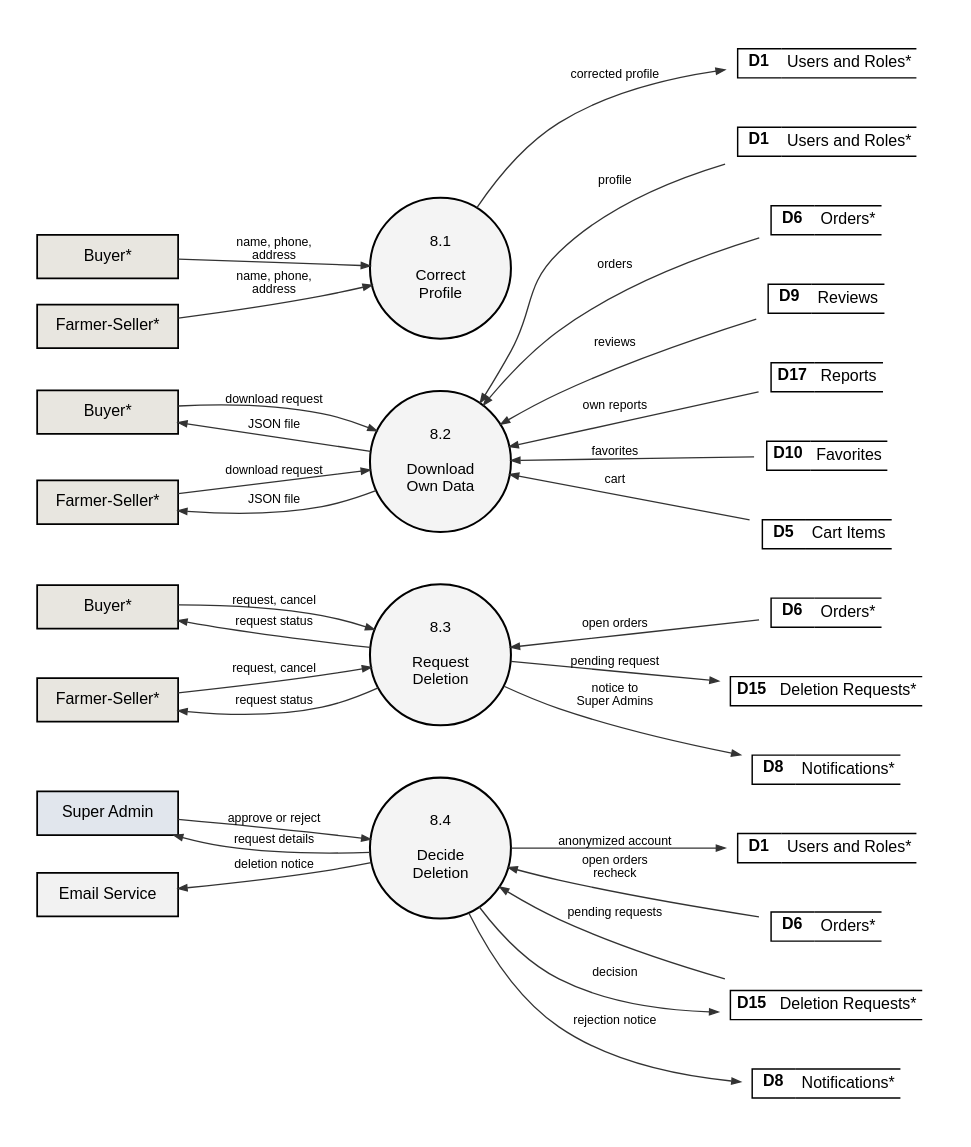
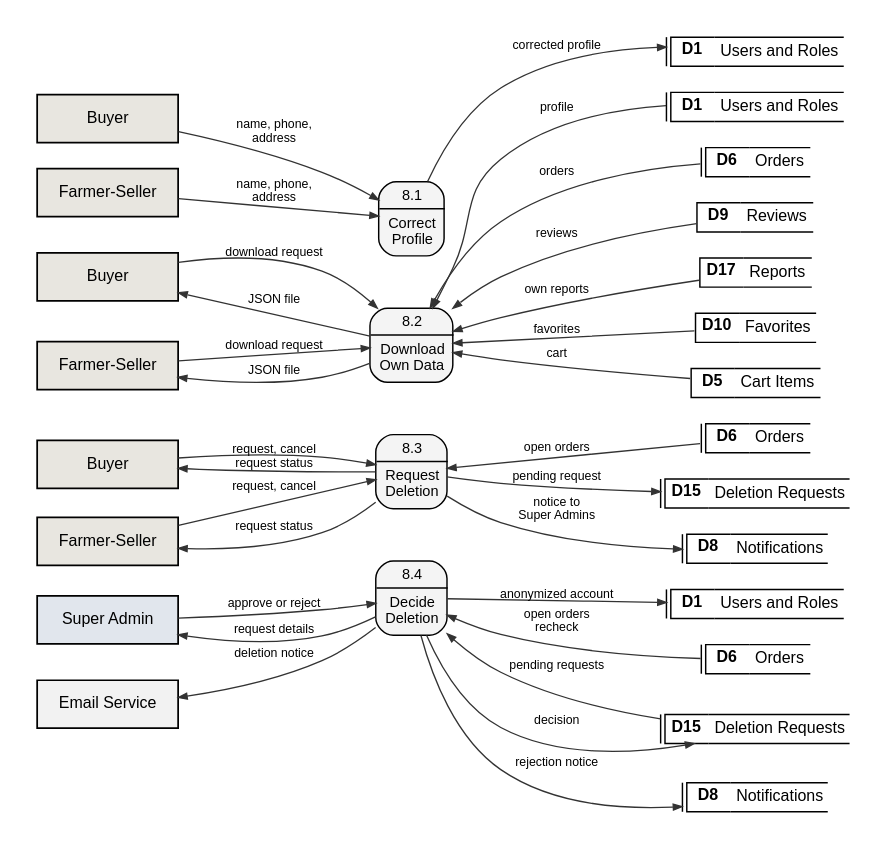
Before and after one commit to shawncastaneda11-commits/anihow-backend: the diagram in docs/manuscript/figures/src/fig6_2_8_dfd_level2.dot, drawn with Graphviz. The commit also changed 39 other files, not shown here.

```diff
--- a/docs/manuscript/figures/src/fig6_2_8_dfd_level2.dot
+++ b/docs/manuscript/figures/src/fig6_2_8_dfd_level2.dot
@@ -1,66 +1,66 @@
 // Data flow diagram, level 2, process 8.0 Handle Data Rights.
 digraph G {
   graph [rankdir=LR, nodesep=0.25, ranksep=0.9, pad=0.25, fontname="Liberation Sans", newrank=true];
   node  [fontname="Liberation Sans", fontsize=11];
   edge  [penwidth=0.9, arrowsize=0.6, color="#333333", fontname="Liberation Sans", fontsize=8.5];
-  q8a [shape=circle, style=filled, fillcolor="#F4F4F4", penwidth=1.4, fixedsize=true, width=1.35, fontsize=10.5, label="8.1\n\nCorrect\nProfile"];
-  by_q8a [shape=box, style=filled, fillcolor="#E8E6E0", penwidth=1.2, width=1.35, height=0.42, label="Buyer*"];
-  fs_q8a [shape=box, style=filled, fillcolor="#E8E6E0", penwidth=1.2, width=1.35, height=0.42, label="Farmer-Seller*"];
-  D1_q8a [shape=plaintext, label=<<TABLE BORDER="0" CELLBORDER="1" CELLSPACING="0" CELLPADDING="3"><TR><TD SIDES="TBL" WIDTH="30"><B>D1</B></TD><TD SIDES="TB" ALIGN="LEFT">Users and Roles*</TD></TR></TABLE>>];
-  q8b [shape=circle, style=filled, fillcolor="#F4F4F4", penwidth=1.4, fixedsize=true, width=1.35, fontsize=10.5, label="8.2\n\nDownload\nOwn Data"];
-  by_q8b [shape=box, style=filled, fillcolor="#E8E6E0", penwidth=1.2, width=1.35, height=0.42, label="Buyer*"];
-  fs_q8b [shape=box, style=filled, fillcolor="#E8E6E0", penwidth=1.2, width=1.35, height=0.42, label="Farmer-Seller*"];
-  D1_q8b [shape=plaintext, label=<<TABLE BORDER="0" CELLBORDER="1" CELLSPACING="0" CELLPADDING="3"><TR><TD SIDES="TBL" WIDTH="30"><B>D1</B></TD><TD SIDES="TB" ALIGN="LEFT">Users and Roles*</TD></TR></TABLE>>];
-  D6_q8b [shape=plaintext, label=<<TABLE BORDER="0" CELLBORDER="1" CELLSPACING="0" CELLPADDING="3"><TR><TD SIDES="TBL" WIDTH="30"><B>D6</B></TD><TD SIDES="TB" ALIGN="LEFT">Orders*</TD></TR></TABLE>>];
-  D9_q8b [shape=plaintext, label=<<TABLE BORDER="0" CELLBORDER="1" CELLSPACING="0" CELLPADDING="3"><TR><TD SIDES="TBL" WIDTH="30"><B>D9</B></TD><TD SIDES="TB" ALIGN="LEFT">Reviews</TD></TR></TABLE>>];
-  D17_q8b [shape=plaintext, label=<<TABLE BORDER="0" CELLBORDER="1" CELLSPACING="0" CELLPADDING="3"><TR><TD SIDES="TBL" WIDTH="30"><B>D17</B></TD><TD SIDES="TB" ALIGN="LEFT">Reports</TD></TR></TABLE>>];
-  D10_q8b [shape=plaintext, label=<<TABLE BORDER="0" CELLBORDER="1" CELLSPACING="0" CELLPADDING="3"><TR><TD SIDES="TBL" WIDTH="30"><B>D10</B></TD><TD SIDES="TB" ALIGN="LEFT">Favorites</TD></TR></TABLE>>];
-  D5_q8b [shape=plaintext, label=<<TABLE BORDER="0" CELLBORDER="1" CELLSPACING="0" CELLPADDING="3"><TR><TD SIDES="TBL" WIDTH="30"><B>D5</B></TD><TD SIDES="TB" ALIGN="LEFT">Cart Items</TD></TR></TABLE>>];
-  q8c [shape=circle, style=filled, fillcolor="#F4F4F4", penwidth=1.4, fixedsize=true, width=1.35, fontsize=10.5, label="8.3\n\nRequest\nDeletion"];
-  by_q8c [shape=box, style=filled, fillcolor="#E8E6E0", penwidth=1.2, width=1.35, height=0.42, label="Buyer*"];
-  fs_q8c [shape=box, style=filled, fillcolor="#E8E6E0", penwidth=1.2, width=1.35, height=0.42, label="Farmer-Seller*"];
-  D6_q8c [shape=plaintext, label=<<TABLE BORDER="0" CELLBORDER="1" CELLSPACING="0" CELLPADDING="3"><TR><TD SIDES="TBL" WIDTH="30"><B>D6</B></TD><TD SIDES="TB" ALIGN="LEFT">Orders*</TD></TR></TABLE>>];
-  D15_q8c [shape=plaintext, label=<<TABLE BORDER="0" CELLBORDER="1" CELLSPACING="0" CELLPADDING="3"><TR><TD SIDES="TBL" WIDTH="30"><B>D15</B></TD><TD SIDES="TB" ALIGN="LEFT">Deletion Requests*</TD></TR></TABLE>>];
-  D8_q8c [shape=plaintext, label=<<TABLE BORDER="0" CELLBORDER="1" CELLSPACING="0" CELLPADDING="3"><TR><TD SIDES="TBL" WIDTH="30"><B>D8</B></TD><TD SIDES="TB" ALIGN="LEFT">Notifications*</TD></TR></TABLE>>];
-  q8d [shape=circle, style=filled, fillcolor="#F4F4F4", penwidth=1.4, fixedsize=true, width=1.35, fontsize=10.5, label="8.4\n\nDecide\nDeletion"];
-  D1_q8d [shape=plaintext, label=<<TABLE BORDER="0" CELLBORDER="1" CELLSPACING="0" CELLPADDING="3"><TR><TD SIDES="TBL" WIDTH="30"><B>D1</B></TD><TD SIDES="TB" ALIGN="LEFT">Users and Roles*</TD></TR></TABLE>>];
-  D6_q8d [shape=plaintext, label=<<TABLE BORDER="0" CELLBORDER="1" CELLSPACING="0" CELLPADDING="3"><TR><TD SIDES="TBL" WIDTH="30"><B>D6</B></TD><TD SIDES="TB" ALIGN="LEFT">Orders*</TD></TR></TABLE>>];
-  D15_q8d [shape=plaintext, label=<<TABLE BORDER="0" CELLBORDER="1" CELLSPACING="0" CELLPADDING="3"><TR><TD SIDES="TBL" WIDTH="30"><B>D15</B></TD><TD SIDES="TB" ALIGN="LEFT">Deletion Requests*</TD></TR></TABLE>>];
-  D8_q8d [shape=plaintext, label=<<TABLE BORDER="0" CELLBORDER="1" CELLSPACING="0" CELLPADDING="3"><TR><TD SIDES="TBL" WIDTH="30"><B>D8</B></TD><TD SIDES="TB" ALIGN="LEFT">Notifications*</TD></TR></TABLE>>];
-  sa_q8d [shape=box, style=filled, fillcolor="#E1E6ED", penwidth=1.2, width=1.35, height=0.42, label="Super Admin"];
-  em_q8d [shape=box, style=filled, fillcolor="#F2F2F2", penwidth=1.2, width=1.35, height=0.42, label="Email Service"];
+  q8a [shape=plaintext, margin=0, width=0, height=0, label=<<TABLE STYLE="ROUNDED" BORDER="1" CELLBORDER="0" CELLSPACING="0" CELLPADDING="3" BGCOLOR="#F4F4F4"><TR><TD><FONT POINT-SIZE="10.5">8.1</FONT></TD></TR><HR/><TR><TD CELLPADDING="5"><FONT POINT-SIZE="10.5">Correct<BR/>Profile</FONT></TD></TR></TABLE>>];
+  by_q8a [shape=box, style=filled, fillcolor="#E8E6E0", penwidth=1.2, width=1.35, height=0.46, label="Buyer", comment="gsdup"];
+  fs_q8a [shape=box, style=filled, fillcolor="#E8E6E0", penwidth=1.2, width=1.35, height=0.46, label="Farmer-Seller", comment="gsdup"];
+  D1_q8a [shape=plaintext, margin=0, width=0, height=0, label=<<TABLE BORDER="0" CELLBORDER="1" CELLSPACING="0" CELLPADDING="3"><TR><TD SIDES="L" WIDTH="3" CELLPADDING="0"></TD><TD SIDES="TBL" WIDTH="30"><B>D1</B></TD><TD SIDES="TB" ALIGN="LEFT">Users and Roles</TD></TR></TABLE>>];
+  q8b [shape=plaintext, margin=0, width=0, height=0, label=<<TABLE STYLE="ROUNDED" BORDER="1" CELLBORDER="0" CELLSPACING="0" CELLPADDING="3" BGCOLOR="#F4F4F4"><TR><TD><FONT POINT-SIZE="10.5">8.2</FONT></TD></TR><HR/><TR><TD CELLPADDING="5"><FONT POINT-SIZE="10.5">Download<BR/>Own Data</FONT></TD></TR></TABLE>>];
+  by_q8b [shape=box, style=filled, fillcolor="#E8E6E0", penwidth=1.2, width=1.35, height=0.46, label="Buyer", comment="gsdup"];
+  fs_q8b [shape=box, style=filled, fillcolor="#E8E6E0", penwidth=1.2, width=1.35, height=0.46, label="Farmer-Seller", comment="gsdup"];
+  D1_q8b [shape=plaintext, margin=0, width=0, height=0, label=<<TABLE BORDER="0" CELLBORDER="1" CELLSPACING="0" CELLPADDING="3"><TR><TD SIDES="L" WIDTH="3" CELLPADDING="0"></TD><TD SIDES="TBL" WIDTH="30"><B>D1</B></TD><TD SIDES="TB" ALIGN="LEFT">Users and Roles</TD></TR></TABLE>>];
+  D6_q8b [shape=plaintext, margin=0, width=0, height=0, label=<<TABLE BORDER="0" CELLBORDER="1" CELLSPACING="0" CELLPADDING="3"><TR><TD SIDES="L" WIDTH="3" CELLPADDING="0"></TD><TD SIDES="TBL" WIDTH="30"><B>D6</B></TD><TD SIDES="TB" ALIGN="LEFT">Orders</TD></TR></TABLE>>];
+  D9_q8b [shape=plaintext, margin=0, width=0, height=0, label=<<TABLE BORDER="0" CELLBORDER="1" CELLSPACING="0" CELLPADDING="3"><TR><TD SIDES="TBL" WIDTH="30"><B>D9</B></TD><TD SIDES="TB" ALIGN="LEFT">Reviews</TD></TR></TABLE>>];
+  D17_q8b [shape=plaintext, margin=0, width=0, height=0, label=<<TABLE BORDER="0" CELLBORDER="1" CELLSPACING="0" CELLPADDING="3"><TR><TD SIDES="TBL" WIDTH="30"><B>D17</B></TD><TD SIDES="TB" ALIGN="LEFT">Reports</TD></TR></TABLE>>];
+  D10_q8b [shape=plaintext, margin=0, width=0, height=0, label=<<TABLE BORDER="0" CELLBORDER="1" CELLSPACING="0" CELLPADDING="3"><TR><TD SIDES="TBL" WIDTH="30"><B>D10</B></TD><TD SIDES="TB" ALIGN="LEFT">Favorites</TD></TR></TABLE>>];
+  D5_q8b [shape=plaintext, margin=0, width=0, height=0, label=<<TABLE BORDER="0" CELLBORDER="1" CELLSPACING="0" CELLPADDING="3"><TR><TD SIDES="TBL" WIDTH="30"><B>D5</B></TD><TD SIDES="TB" ALIGN="LEFT">Cart Items</TD></TR></TABLE>>];
+  q8c [shape=plaintext, margin=0, width=0, height=0, label=<<TABLE STYLE="ROUNDED" BORDER="1" CELLBORDER="0" CELLSPACING="0" CELLPADDING="3" BGCOLOR="#F4F4F4"><TR><TD><FONT POINT-SIZE="10.5">8.3</FONT></TD></TR><HR/><TR><TD CELLPADDING="5"><FONT POINT-SIZE="10.5">Request<BR/>Deletion</FONT></TD></TR></TABLE>>];
+  by_q8c [shape=box, style=filled, fillcolor="#E8E6E0", penwidth=1.2, width=1.35, height=0.46, label="Buyer", comment="gsdup"];
+  fs_q8c [shape=box, style=filled, fillcolor="#E8E6E0", penwidth=1.2, width=1.35, height=0.46, label="Farmer-Seller", comment="gsdup"];
+  D6_q8c [shape=plaintext, margin=0, width=0, height=0, label=<<TABLE BORDER="0" CELLBORDER="1" CELLSPACING="0" CELLPADDING="3"><TR><TD SIDES="L" WIDTH="3" CELLPADDING="0"></TD><TD SIDES="TBL" WIDTH="30"><B>D6</B></TD><TD SIDES="TB" ALIGN="LEFT">Orders</TD></TR></TABLE>>];
+  D15_q8c [shape=plaintext, margin=0, width=0, height=0, label=<<TABLE BORDER="0" CELLBORDER="1" CELLSPACING="0" CELLPADDING="3"><TR><TD SIDES="L" WIDTH="3" CELLPADDING="0"></TD><TD SIDES="TBL" WIDTH="30"><B>D15</B></TD><TD SIDES="TB" ALIGN="LEFT">Deletion Requests</TD></TR></TABLE>>];
+  D8_q8c [shape=plaintext, margin=0, width=0, height=0, label=<<TABLE BORDER="0" CELLBORDER="1" CELLSPACING="0" CELLPADDING="3"><TR><TD SIDES="L" WIDTH="3" CELLPADDING="0"></TD><TD SIDES="TBL" WIDTH="30"><B>D8</B></TD><TD SIDES="TB" ALIGN="LEFT">Notifications</TD></TR></TABLE>>];
+  q8d [shape=plaintext, margin=0, width=0, height=0, label=<<TABLE STYLE="ROUNDED" BORDER="1" CELLBORDER="0" CELLSPACING="0" CELLPADDING="3" BGCOLOR="#F4F4F4"><TR><TD><FONT POINT-SIZE="10.5">8.4</FONT></TD></TR><HR/><TR><TD CELLPADDING="5"><FONT POINT-SIZE="10.5">Decide<BR/>Deletion</FONT></TD></TR></TABLE>>];
+  D1_q8d [shape=plaintext, margin=0, width=0, height=0, label=<<TABLE BORDER="0" CELLBORDER="1" CELLSPACING="0" CELLPADDING="3"><TR><TD SIDES="L" WIDTH="3" CELLPADDING="0"></TD><TD SIDES="TBL" WIDTH="30"><B>D1</B></TD><TD SIDES="TB" ALIGN="LEFT">Users and Roles</TD></TR></TABLE>>];
+  D6_q8d [shape=plaintext, margin=0, width=0, height=0, label=<<TABLE BORDER="0" CELLBORDER="1" CELLSPACING="0" CELLPADDING="3"><TR><TD SIDES="L" WIDTH="3" CELLPADDING="0"></TD><TD SIDES="TBL" WIDTH="30"><B>D6</B></TD><TD SIDES="TB" ALIGN="LEFT">Orders</TD></TR></TABLE>>];
+  D15_q8d [shape=plaintext, margin=0, width=0, height=0, label=<<TABLE BORDER="0" CELLBORDER="1" CELLSPACING="0" CELLPADDING="3"><TR><TD SIDES="L" WIDTH="3" CELLPADDING="0"></TD><TD SIDES="TBL" WIDTH="30"><B>D15</B></TD><TD SIDES="TB" ALIGN="LEFT">Deletion Requests</TD></TR></TABLE>>];
+  D8_q8d [shape=plaintext, margin=0, width=0, height=0, label=<<TABLE BORDER="0" CELLBORDER="1" CELLSPACING="0" CELLPADDING="3"><TR><TD SIDES="L" WIDTH="3" CELLPADDING="0"></TD><TD SIDES="TBL" WIDTH="30"><B>D8</B></TD><TD SIDES="TB" ALIGN="LEFT">Notifications</TD></TR></TABLE>>];
+  sa_q8d [shape=box, style=filled, fillcolor="#E1E6ED", penwidth=1.2, width=1.35, height=0.46, label="Super Admin"];
+  em_q8d [shape=box, style=filled, fillcolor="#F2F2F2", penwidth=1.2, width=1.35, height=0.46, label="Email Service"];
   by_q8a -> q8a [label="name, phone,\naddress"];
   fs_q8a -> q8a [label="name, phone,\naddress"];
   q8a -> D1_q8a [label="corrected profile"];
   by_q8b -> q8b [label="download request"];
   fs_q8b -> q8b [label="download request"];
   q8b -> D1_q8b [label="profile", dir=back];
   q8b -> D6_q8b [label="orders", dir=back];
   q8b -> D9_q8b [label="reviews", dir=back];
   q8b -> D17_q8b [label="own reports", dir=back];
   q8b -> D10_q8b [label="favorites", dir=back];
   q8b -> D5_q8b [label="cart", dir=back];
   by_q8b -> q8b [label="JSON file", dir=back];
   fs_q8b -> q8b [label="JSON file", dir=back];
   by_q8c -> q8c [label="request, cancel"];
   fs_q8c -> q8c [label="request, cancel"];
   q8c -> D6_q8c [label="open orders", dir=back];
   q8c -> D15_q8c [label="pending request"];
   q8c -> D8_q8c [label="notice to\nSuper Admins"];
   by_q8c -> q8c [label="request status", dir=back];
   fs_q8c -> q8c [label="request status", dir=back];
   q8d -> D15_q8d [label="pending requests", dir=back];
   sa_q8d -> q8d [label="approve or reject"];
   sa_q8d -> q8d [label="request details", dir=back];
   q8d -> D6_q8d [label="open orders\nrecheck", dir=back];
   q8d -> D1_q8d [label="anonymized account"];
   q8d -> D15_q8d [label="decision"];
   em_q8d -> q8d [label="deletion notice", dir=back];
   q8d -> D8_q8d [label="rejection notice"];
   {rank=same; by_q8a; fs_q8a; by_q8b; fs_q8b; by_q8c; fs_q8c; sa_q8d; em_q8d}
   {rank=same; D1_q8a; D1_q8b; D6_q8b; D9_q8b; D17_q8b; D10_q8b; D5_q8b; D6_q8c; D15_q8c; D8_q8c; D15_q8d; D6_q8d; D1_q8d; D8_q8d}
   {rank=same; q8a; q8b; q8c; q8d}
   q8a -> q8b [style=invis, weight=10];
   q8b -> q8c [style=invis, weight=10];
   q8c -> q8d [style=invis, weight=10];
 }
```
